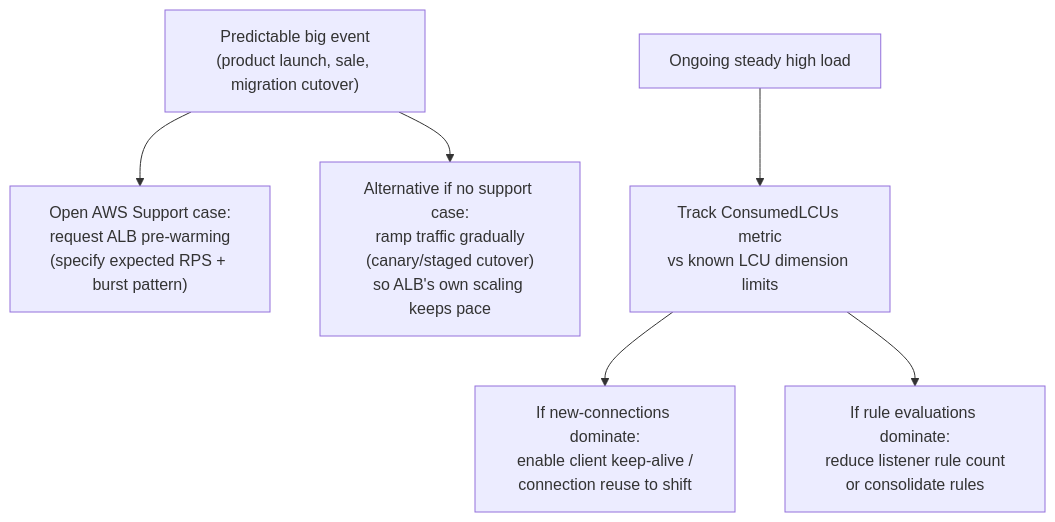
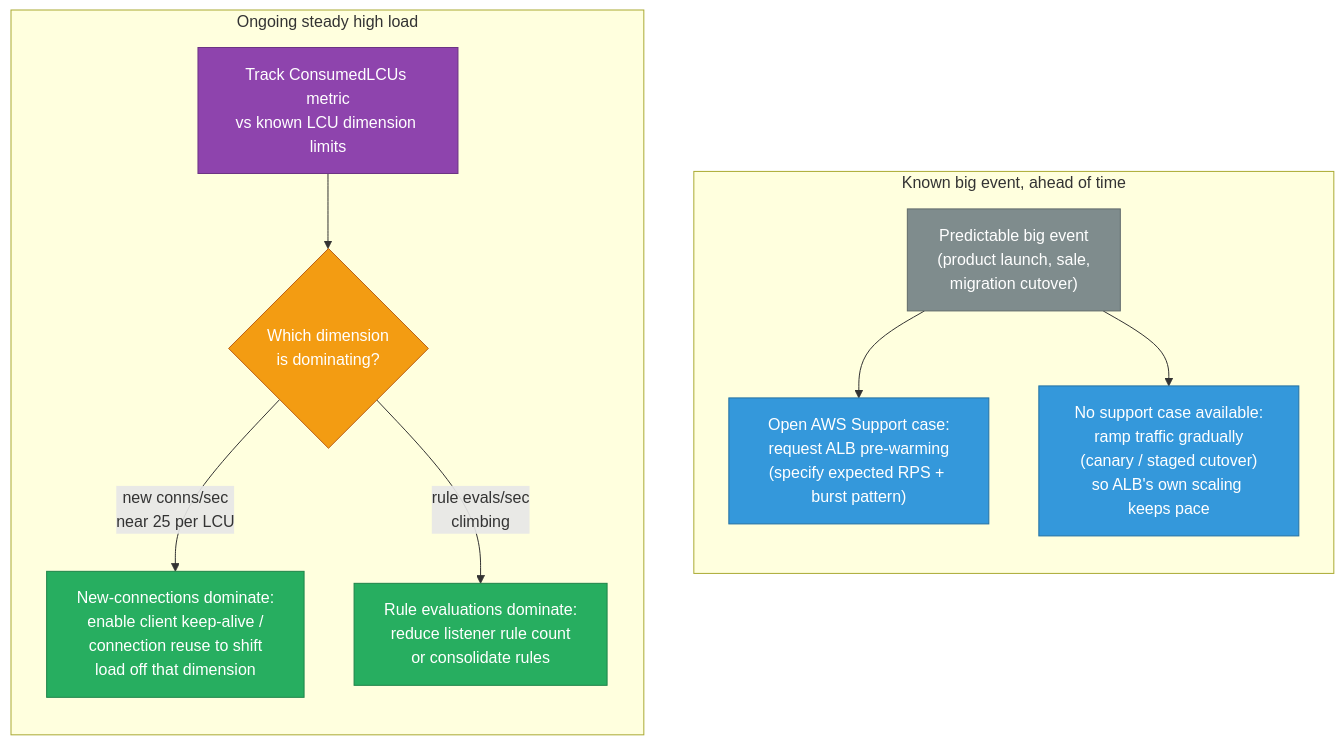
The eighth of 8 diagrams in sre/scenarios-scheduling-scaling.md (deepanshu-rawat6/DevOpsIndex), drawn with Mermaid before and after one commit. The commit also changed other lines of this file and 7 other files, not shown here.

````diff
--- a/sre/scenarios-scheduling-scaling.md
+++ b/sre/scenarios-scheduling-scaling.md
@@ -670,8 +725,28 @@
 ```mermaid
 flowchart TD
-    A["Predictable big event<br/>(product launch, sale, migration cutover)"] --> B["Open AWS Support case:<br/>request ALB pre-warming<br/>(specify expected RPS + burst pattern)"]
-    A --> C["Alternative if no support case:<br/>ramp traffic gradually<br/>(canary/staged cutover)<br/>so ALB's own scaling keeps pace"]
-    D["Ongoing steady high load"] --> E["Track ConsumedLCUs metric<br/>vs known LCU dimension limits"]
-    E --> F["If new-connections dominate:<br/>enable client keep-alive /<br/>connection reuse to shift<br/nload off that dimension"]
-    E --> G["If rule evaluations dominate:<br/>reduce listener rule count<br/>or consolidate rules"]
+    classDef event fill:#7f8c8d,stroke:#616a6b,color:#fff
+    classDef action fill:#3498db,stroke:#2471a3,color:#fff
+    classDef ongoing fill:#8e44ad,stroke:#6c3483,color:#fff
+    classDef decision fill:#f39c12,stroke:#ba6018,color:#fff
+    classDef fix fill:#27ae60,stroke:#1e8449,color:#fff
+
+    subgraph KNOWN["Known big event, ahead of time"]
+        direction TB
+        A["Predictable big event<br/>(product launch, sale,<br/>migration cutover)"]:::event
+        B["Open AWS Support case:<br/>request ALB pre-warming<br/>(specify expected RPS + burst pattern)"]:::action
+        C["No support case available:<br/>ramp traffic gradually<br/>(canary / staged cutover)<br/>so ALB's own scaling keeps pace"]:::action
+        A --> B
+        A --> C
+    end
+
+    subgraph STEADY["Ongoing steady high load"]
+        direction TB
+        D["Track ConsumedLCUs metric<br/>vs known LCU dimension limits"]:::ongoing
+        E{"Which dimension<br/>is dominating?"}:::decision
+        F["New-connections dominate:<br/>enable client keep-alive /<br/>connection reuse to shift<br/>load off that dimension"]:::fix
+        G["Rule evaluations dominate:<br/>reduce listener rule count<br/>or consolidate rules"]:::fix
+        D --> E
+        E -->|"new conns/sec<br/>near 25 per LCU"| F
+        E -->|"rule evals/sec<br/>climbing"| G
+    end
 ```
````
